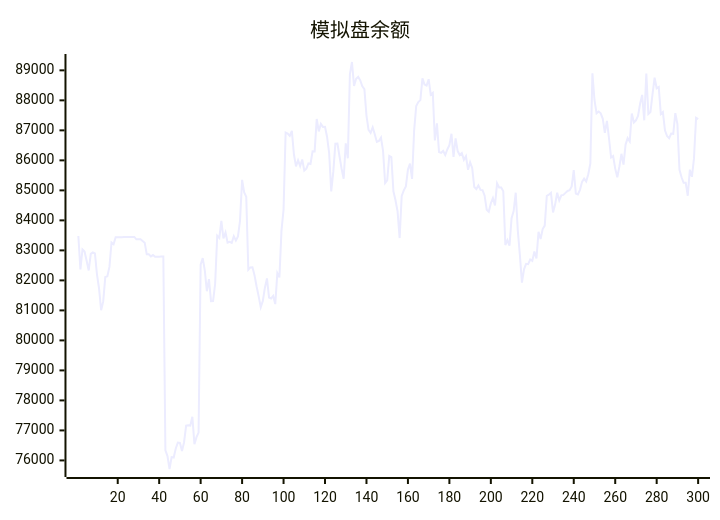
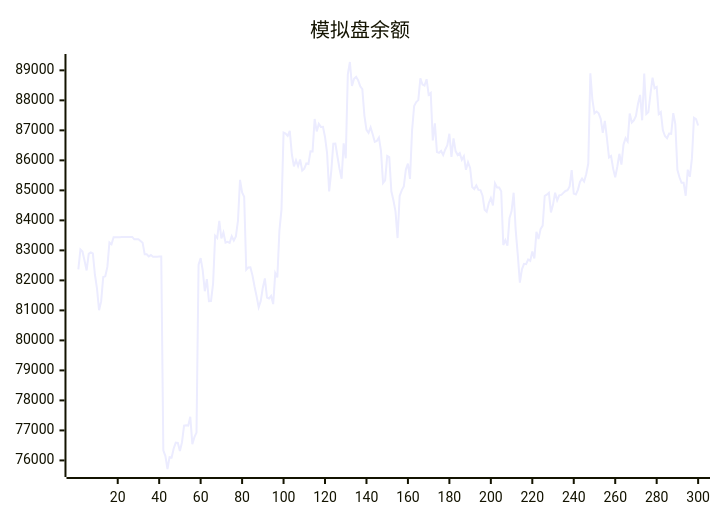
Before and after one commit to aahl/ai-trading: the diagram in README.md, drawn with Mermaid. The commit also changed other lines of this file and 1 other file, not shown here.

````diff
--- a/README.md
+++ b/README.md
@@ -5,5 +5,5 @@
 ```mermaid
 xychart
     title "模拟盘余额"
-    line [83480,82366,83032,82960,82654,82330,82883,82934,82901,82188,81728,81005,81298,82110,82135,82449,83264,83203,83440,83439,83440,83440,83446,83447,83448,83447,83448,83449,83369,83369,83369,83313,83256,82872,82873,82801,82844,82785,82791,82791,82793,82794,76339,76145,75714,76110,76096,76397,76594,76585,76310,76607,77160,77170,77160,77456,76541,76774,76927,82520,82744,82337,81639,82040,81307,81314,81887,83490,83414,83984,83396,83594,83261,83287,83253,83470,83327,83465,83987,85348,84930,84786,82355,82433,82438,82167,81795,81466,81105,81315,81756,82064,81426,81398,81481,81210,82242,82099,83658,84359,86925,86892,86814,86980,86203,85802,86003,85811,86028,85657,85721,85896,85880,86300,86299,87378,86965,87214,87115,87118,86780,86238,84966,85623,86555,86562,86129,85722,85387,86569,86070,88870,89278,88477,88720,88781,88668,88467,88372,87493,87018,86917,87102,86870,86613,86644,86758,86317,85242,85334,86149,86106,84968,84671,84302,83410,84816,85001,85127,85693,85891,85384,87001,87811,87945,88007,88734,88528,88495,88705,88189,88248,86662,87234,86279,86251,86314,86177,86364,86503,86886,86114,86731,86310,86176,86240,86017,86136,85685,85938,85749,85111,85044,85164,85016,85008,84824,84354,84287,84572,84745,84500,85234,85096,85095,84970,83180,83338,83157,84070,84309,84922,83667,82850,81924,82369,82552,82539,82695,82648,82962,82728,83619,83378,83710,83825,84819,84854,84917,84265,84527,84919,84668,84834,84850,84916,84981,85004,85131,85674,84891,84864,85019,85284,85393,85294,85538,85894,88904,88012,87567,87625,87568,87386,86920,87313,86737,86094,86143,85725,85437,85787,86219,85859,86526,86740,86630,87563,87264,87335,87483,87886,88180,87335,88894,87544,87608,88207,88755,88401,88444,87543,87608,87000,86810,86740,86894,86884,87576,87209,85686,85435,85251,85255,84820,85689,85453,86066,87420,87373]
+    line [82366,83032,82960,82654,82330,82883,82934,82901,82188,81728,81005,81298,82110,82135,82449,83264,83203,83440,83439,83440,83440,83446,83447,83448,83447,83448,83449,83369,83369,83369,83313,83256,82872,82873,82801,82844,82785,82791,82791,82793,82794,76339,76145,75714,76110,76096,76397,76594,76585,76310,76607,77160,77170,77160,77456,76541,76774,76927,82520,82744,82337,81639,82040,81307,81314,81887,83490,83414,83984,83396,83594,83261,83287,83253,83470,83327,83465,83987,85348,84930,84786,82355,82433,82438,82167,81795,81466,81105,81315,81756,82064,81426,81398,81481,81210,82242,82099,83658,84359,86925,86892,86814,86980,86203,85802,86003,85811,86028,85657,85721,85896,85880,86300,86299,87378,86965,87214,87115,87118,86780,86238,84966,85623,86555,86562,86129,85722,85387,86569,86070,88870,89278,88477,88720,88781,88668,88467,88372,87493,87018,86917,87102,86870,86613,86644,86758,86317,85242,85334,86149,86106,84968,84671,84302,83410,84816,85001,85127,85693,85891,85384,87001,87811,87945,88007,88734,88528,88495,88705,88189,88248,86662,87234,86279,86251,86314,86177,86364,86503,86886,86114,86731,86310,86176,86240,86017,86136,85685,85938,85749,85111,85044,85164,85016,85008,84824,84354,84287,84572,84745,84500,85234,85096,85095,84970,83180,83338,83157,84070,84309,84922,83667,82850,81924,82369,82552,82539,82695,82648,82962,82728,83619,83378,83710,83825,84819,84854,84917,84265,84527,84919,84668,84834,84850,84916,84981,85004,85131,85674,84891,84864,85019,85284,85393,85294,85538,85894,88904,88012,87567,87625,87568,87386,86920,87313,86737,86094,86143,85725,85437,85787,86219,85859,86526,86740,86630,87563,87264,87335,87483,87886,88180,87335,88894,87544,87608,88207,88755,88401,88444,87543,87608,87000,86810,86740,86894,86884,87576,87209,85686,85435,85251,85255,84820,85689,85453,86066,87420,87373,87161]
 ```
````
